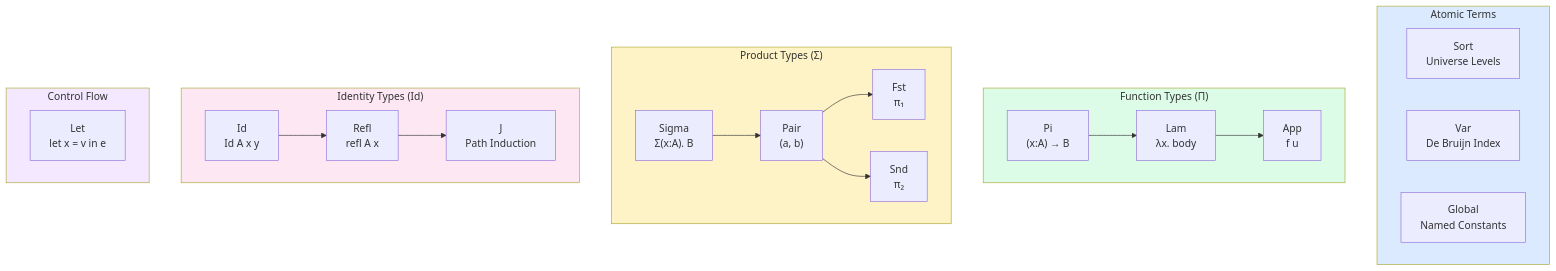
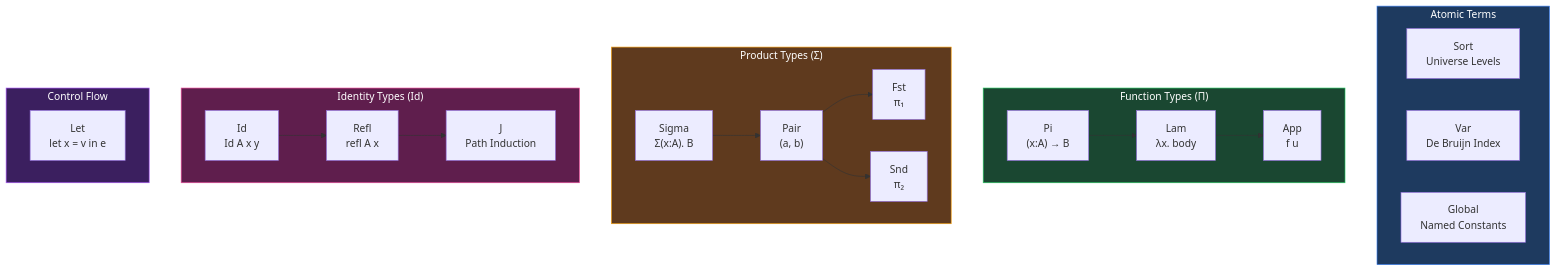
The fifth of 23 diagrams in DIAGRAMS.md (watchthelight/HypergraphGo), drawn with Mermaid before and after one commit. The commit also changed other lines of this file, not shown here.

First line of the commit message:
docs(diagrams): add master architecture diagram with dark theme

````diff
--- a/DIAGRAMS.md
+++ b/DIAGRAMS.md
@@ -207,45 +660,45 @@
 ```mermaid
 flowchart TB
     subgraph Atomic["Atomic Terms"]
         Sort["Sort<br/>Universe Levels"]
         Var["Var<br/>De Bruijn Index"]
         Global["Global<br/>Named Constants"]
     end
 
     subgraph Function["Function Types (Π)"]
         Pi["Pi<br/>(x:A) → B"]
         Lam["Lam<br/>λx. body"]
         App["App<br/>f u"]
     end
 
     subgraph Product["Product Types (Σ)"]
         Sigma["Sigma<br/>Σ(x:A). B"]
         Pair["Pair<br/>(a, b)"]
         Fst["Fst<br/>π₁"]
         Snd["Snd<br/>π₂"]
     end
 
     subgraph Identity["Identity Types (Id)"]
         Id["Id<br/>Id A x y"]
         Refl["Refl<br/>refl A x"]
         J["J<br/>Path Induction"]
     end
 
     subgraph Control["Control Flow"]
         Let["Let<br/>let x = v in e"]
     end
 
     Pi --> Lam
     Lam --> App
     Sigma --> Pair
     Pair --> Fst
     Pair --> Snd
     Id --> Refl
     Refl --> J
 
-    style Atomic fill:#dbeafe
-    style Function fill:#dcfce7
-    style Product fill:#fef3c7
-    style Identity fill:#fce7f3
-    style Control fill:#f3e8ff
+    style Atomic fill:#1e3a5f,stroke:#3b82f6,color:#fff
+    style Function fill:#1a4731,stroke:#22c55e,color:#fff
+    style Product fill:#5f3a1e,stroke:#f59e0b,color:#fff
+    style Identity fill:#5f1e4d,stroke:#ec4899,color:#fff
+    style Control fill:#3b1f5f,stroke:#a855f7,color:#fff
 ```
````
